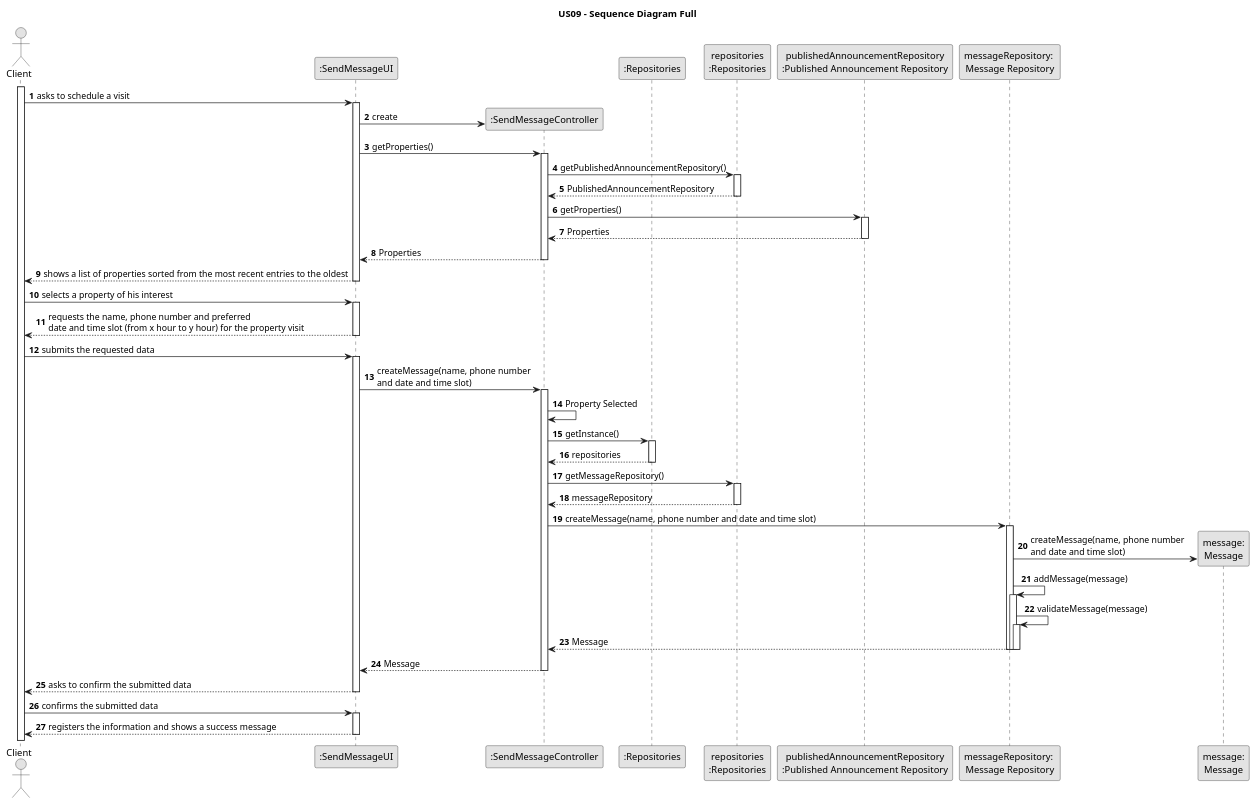
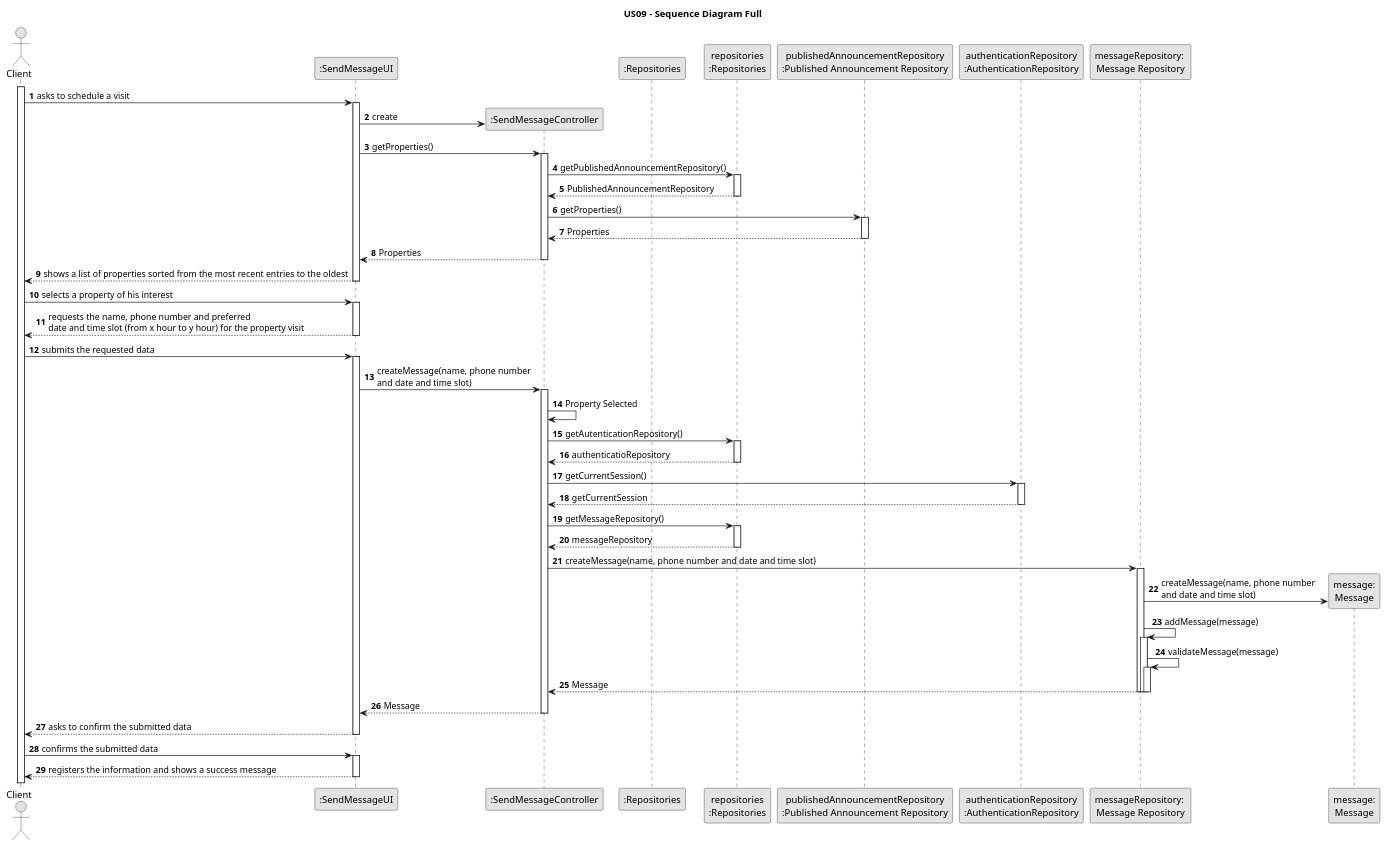
Before and after one commit to PureNimble/ISEP-LAPR2: the diagram in docs/sprintC/US09/03.design/puml/us09-sequence-diagram-full.puml, drawn with PlantUML. The commit also changed 1 other file, not shown here.

Commit message:
US09 - Sequence Diagram and Class Diagram update (small correction)

```diff
--- a/docs/sprintC/US09/03.design/puml/us09-sequence-diagram-full.puml
+++ b/docs/sprintC/US09/03.design/puml/us09-sequence-diagram-full.puml
@@ -1,165 +1,172 @@
 @startuml
 skinparam monochrome true
 skinparam packageStyle rectangle
 skinparam shadowing false
 
 title US09 - Sequence Diagram Full
 
 autonumber
 
 'hide footbox
 actor "Client" as Client
 participant ":SendMessageUI" as UI
 participant ":SendMessageController" as CTRL
 participant ":Repositories" as Repository
 participant "repositories\n:Repositories" as Repository2
 participant "publishedAnnouncementRepository\n:Published Announcement Repository" as publishedAnnouncementRepository
+participant "authenticationRepository\n:AuthenticationRepository" as AuthenticationRepository
 participant "messageRepository: \nMessage Repository" as messageRepository
 participant "message:\nMessage" as message
 
 autonumber
 
         activate Client
 
     Client -> UI: asks to schedule a visit
         activate UI
 
         UI -> CTRL** : create
 '    UI --> Client : requests an identity
 '        deactivate UI
 '
 '    Client -> UI : inserts his email
 '        activate UI
 '
 '        UI -> CTRL : getUserInformation()
 '
 '            activate CTRL
 '
 '            CTRL -> Repository : getInstance()
 '                activate Repository
 '
 '            Repository --> CTRL : repositories
 '                deactivate Repository
 '
 '            CTRL -> Repository2 : getUserInformationRepository()
 '                activate Repository2
 '
 '            Repository2 --> CTRL : UserInformationRepository
 '                deactivate Repository2
 '
 '            CTRL -> UserRepository : getUserInformation()
 '
 '                activate UserRepository
 '
 '            UserRepository --> CTRL : User Information
 '
 '                deactivate UserRepository
 '
 '        CTRL --> UI : User Information
 '
 '            deactivate CTRL
 '
 '
 '    UI --> Client : shows User information and requests a confirmation
 '        deactivate UI
 '
 '    Client -> UI : confirms his personal information
 '        activate UI
 
         UI -> CTRL : getProperties()
             activate CTRL
 
 '            CTRL -> Repository : getInstance()
 '                activate Repository
 '
 '            Repository --> CTRL : repositories
 '                deactivate Repository
 
             CTRL -> Repository2 : getPublishedAnnouncementRepository()
                 activate Repository2
 
             Repository2 --> CTRL : PublishedAnnouncementRepository
                 deactivate Repository2
 
             CTRL -> publishedAnnouncementRepository : getProperties()
 
                 activate publishedAnnouncementRepository
 
             publishedAnnouncementRepository --> CTRL : Properties
 
                 deactivate publishedAnnouncementRepository
 
         CTRL --> UI : Properties
 
             deactivate CTRL
 
     UI --> Client: shows a list of properties sorted from the most recent entries to the oldest
         deactivate UI
 
     Client -> UI: selects a property of his interest
         activate UI
 
     '   UI --> UI : keepPropertySelected(propertyDescription)
 
 
 '    UI --> Client: asks to confirm the property selected
 '        deactivate UI
 '
 '    Client -> UI: confirms the selected data
 '        activate UI
 
     UI --> Client: requests the name, phone number and preferred \ndate and time slot (from x hour to y hour) for the property visit
         deactivate UI
 
     Client -> UI: submits the requested data
         activate UI
 
-   ' UI --> UI : keepsData(name, phone number \nand date and time slot)
-
     UI -> CTRL: createMessage(name, phone number \nand date and time slot)
         activate CTRL
 
+
+
     CTRL ->CTRL: Property Selected
 
-        CTRL -> Repository : getInstance()
-            activate Repository
+    CTRL -> Repository2 : getAutenticationRepository()
+    activate Repository2
 
-        Repository --> CTRL : repositories
-            deactivate Repository
+    Repository2 --> CTRL : authenticatioRepository
+    deactivate Repository2
+
+    CTRL -> AuthenticationRepository : getCurrentSession()
+    activate AuthenticationRepository
+
+    AuthenticationRepository --> CTRL : getCurrentSession
+    deactivate AuthenticationRepository
 
         CTRL -> Repository2 : getMessageRepository()
             activate Repository2
 
         Repository2 --> CTRL : messageRepository
             deactivate Repository2
 
             CTRL -> messageRepository : createMessage(name, phone number and date and time slot)
                 activate messageRepository
 
                 messageRepository -> message** : createMessage(name, phone number \nand date and time slot)
 
                 messageRepository -> messageRepository : addMessage(message)
                 activate messageRepository
 
                 messageRepository -> messageRepository : validateMessage(message)
                 activate messageRepository
 
                 messageRepository --> CTRL : Message
                 deactivate messageRepository
                 deactivate messageRepository
                 deactivate messageRepository
 
            CTRL --> UI : Message
            deactivate CTRL
 
     UI --> Client: asks to confirm the submitted data
         deactivate UI
 
     Client -> UI: confirms the submitted data
         activate UI
 
     UI --> Client: registers the information and shows a success message
         deactivate UI
 
 
 @enduml
```
